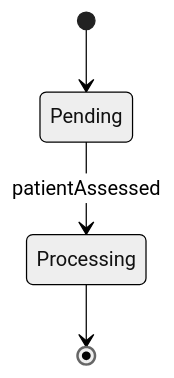
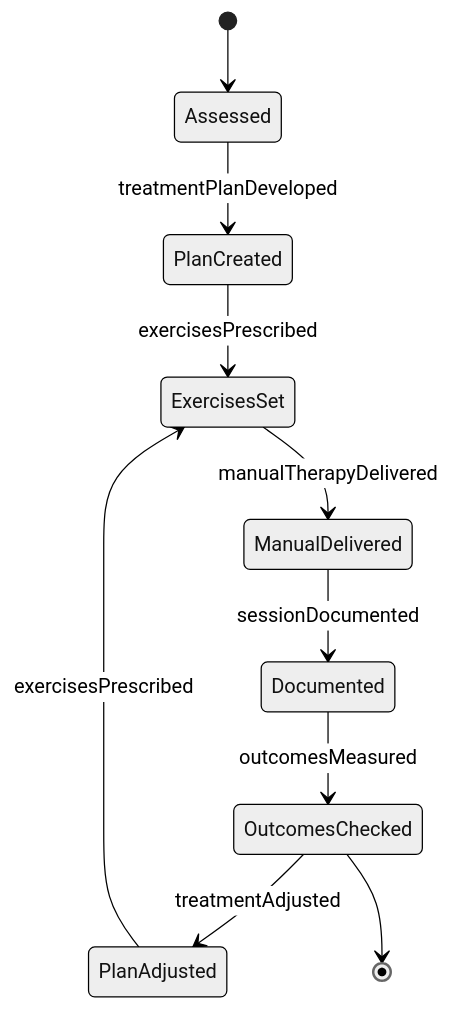
One commit to dot-org-ai/tasks.org.ai changed the second of 4 diagrams in AssistingAndCaringForOthers/AdministerTherapeuticTreatments/TreatPatientsUsingPhysicalTherapy.mdx. Above: the diagram before and after it, drawn with Mermaid (neutral theme). The commit also changed other lines of this file and 32 other files, not shown here.

First line of the commit message:
fix: Improve ER and State diagrams in 32 AssistingAndCaringForOthers DWA files

````diff
--- a/AssistingAndCaringForOthers/AdministerTherapeuticTreatments/TreatPatientsUsingPhysicalTherapy.mdx
+++ b/AssistingAndCaringForOthers/AdministerTherapeuticTreatments/TreatPatientsUsingPhysicalTherapy.mdx
@@ -99,6 +99,12 @@
 ```mermaid
 stateDiagram-v2
-    [*] --> Pending
-    Pending --> Processing : patientAssessed
-    Processing --> [*]
+    [*] --> Assessed
+    Assessed --> PlanCreated : treatmentPlanDeveloped
+    PlanCreated --> ExercisesSet : exercisesPrescribed
+    ExercisesSet --> ManualDelivered : manualTherapyDelivered
+    ManualDelivered --> Documented : sessionDocumented
+    Documented --> OutcomesChecked : outcomesMeasured
+    OutcomesChecked --> PlanAdjusted : treatmentAdjusted
+    PlanAdjusted --> ExercisesSet : exercisesPrescribed
+    OutcomesChecked --> [*]
 ```
````
